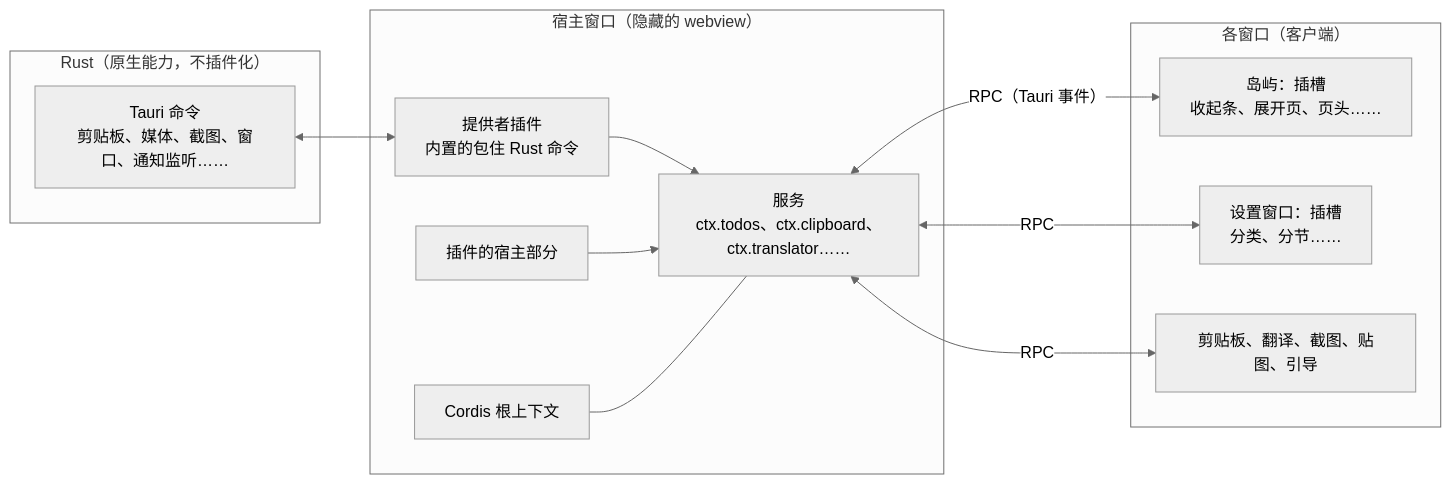
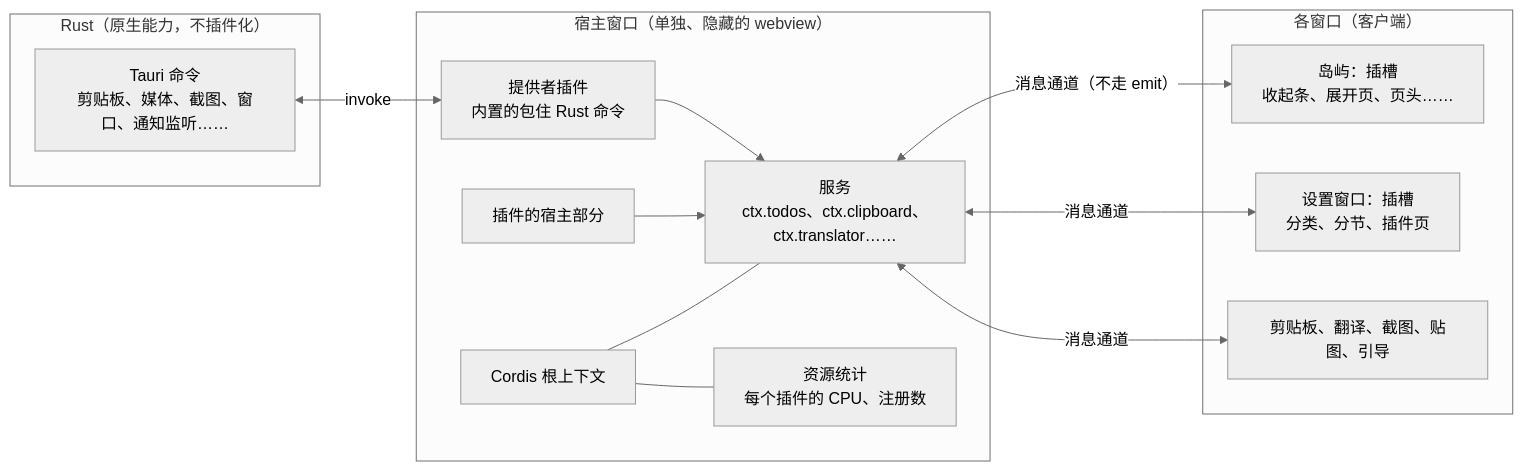
One commit to TixXin/Fuyu changed the diagram in docs/architecture/plugins/v3-everything-plugin.md. Above: the diagram before and after it, drawn with Mermaid (neutral theme). The commit also changed other lines of this file, not shown here.

````diff
--- a/docs/architecture/plugins/v3-everything-plugin.md
+++ b/docs/architecture/plugins/v3-everything-plugin.md
@@ -17,24 +22,26 @@
 ```mermaid
 flowchart LR
   subgraph rust["Rust（原生能力，不插件化）"]
     cmds["Tauri 命令\n剪贴板、媒体、截图、窗口、通知监听……"]
   end
-  subgraph host["宿主窗口（隐藏的 webview）"]
+  subgraph host["宿主窗口（单独、隐藏的 webview）"]
     root["Cordis 根上下文"]
     svc["服务\nctx.todos、ctx.clipboard、ctx.translator……"]
     prov["提供者插件\n内置的包住 Rust 命令"]
     hostp["插件的宿主部分"]
+    mon["资源统计\n每个插件的 CPU、注册数"]
   end
   subgraph clients["各窗口（客户端）"]
     island["岛屿：插槽\n收起条、展开页、页头……"]
-    settings["设置窗口：插槽\n分类、分节……"]
+    settings["设置窗口：插槽\n分类、分节、插件页"]
     others["剪贴板、翻译、截图、贴图、引导"]
   end
-  cmds <--> prov
+  cmds <-- "invoke" --> prov
   prov --> svc
   hostp --> svc
   root --- svc
-  svc <-- "RPC（Tauri 事件）" --> island
-  svc <-- "RPC" --> settings
-  svc <-- "RPC" --> others
+  root --- mon
+  svc <-- "消息通道（不走 emit）" --> island
+  svc <-- "消息通道" --> settings
+  svc <-- "消息通道" --> others
 ```
````
